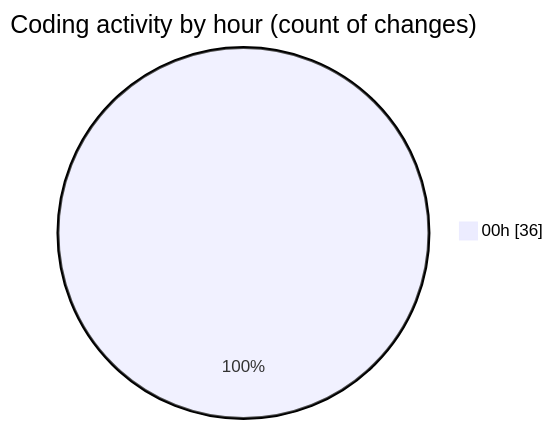
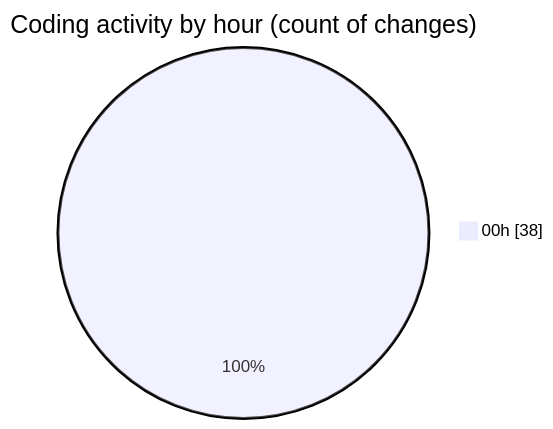
Before and after one commit to lephambinh05/code-tracking: the second of 2 diagrams in 2025-07-27/quanlyrapchieuphim-1/README.md, drawn with Mermaid. The commit also changed other lines of this file and 1 other file, not shown here.

````diff
--- a/2025-07-27/quanlyrapchieuphim-1/README.md
+++ b/2025-07-27/quanlyrapchieuphim-1/README.md
@@ -42,5 +42,5 @@
 ```mermaid
 pie showData
 title Coding activity by hour (count of changes)
-"00h" : 36
+"00h" : 38
 ```
````
